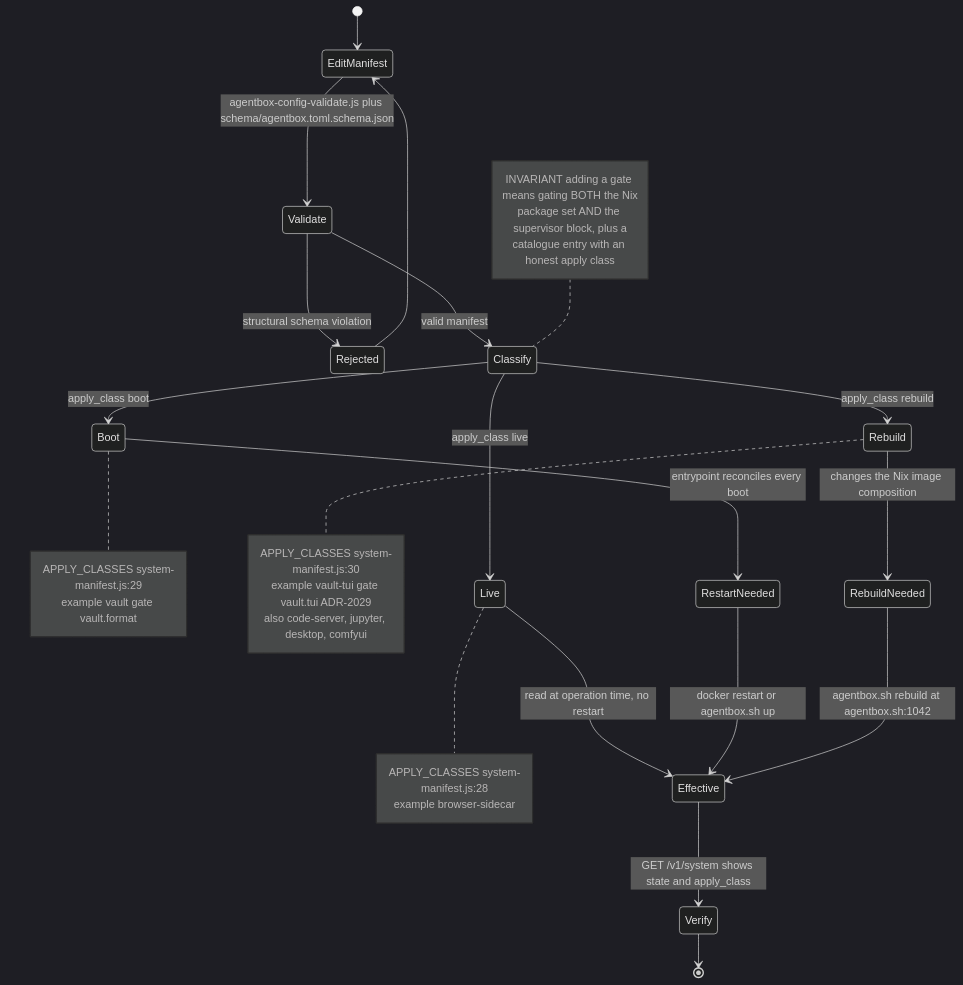
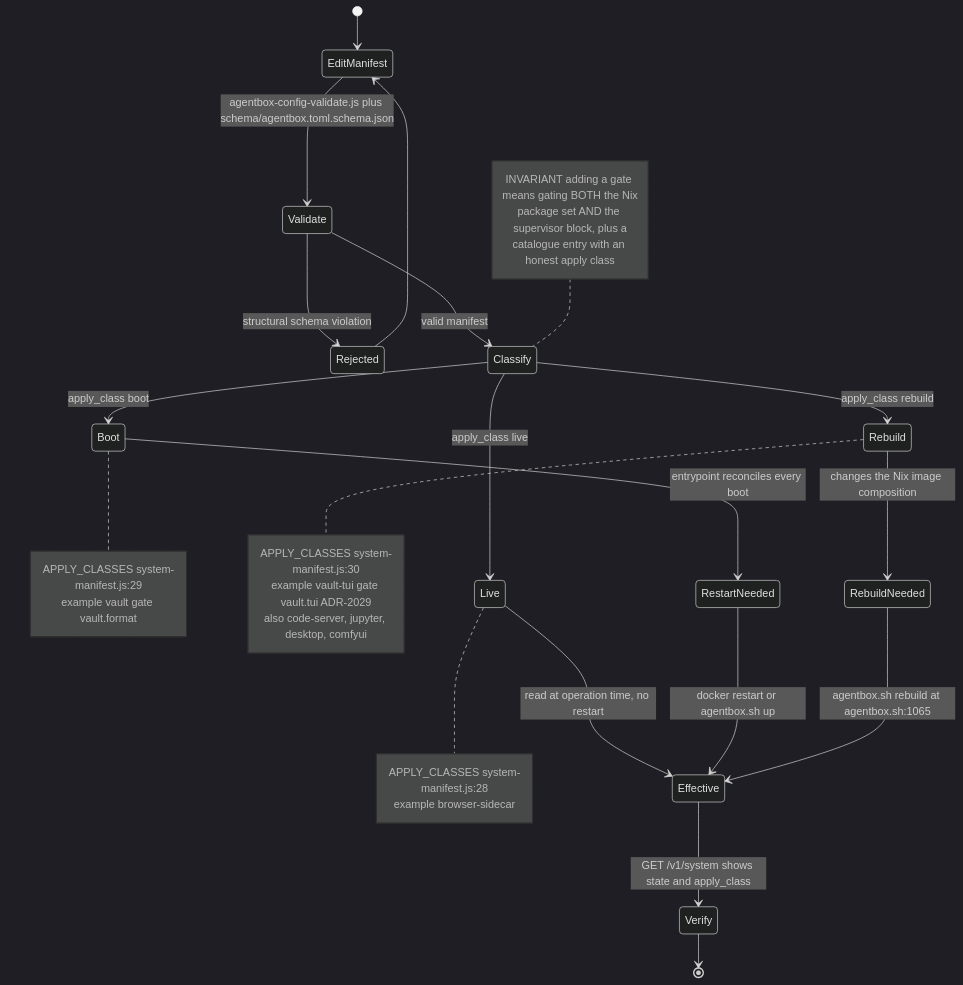
The ninth of 13 diagrams in docs/diagrams/agentbox/05-manifest-gates-and-cli.md (DreamLab-AI/VisionFlow), drawn with Mermaid (dark theme) before and after one commit. The commit also changed other lines of this file and 28 other files, not shown here.

````diff
--- a/docs/diagrams/agentbox/05-manifest-gates-and-cli.md
+++ b/docs/diagrams/agentbox/05-manifest-gates-and-cli.md
@@ -259,40 +260,40 @@
 ```mermaid
 stateDiagram-v2
     [*] --> EditManifest
     EditManifest --> Validate: agentbox-config-validate.js plus schema/agentbox.toml.schema.json
     Validate --> Rejected: structural schema violation
     Validate --> Classify: valid manifest
     Rejected --> EditManifest
 
     Classify --> Live: apply_class live
     Classify --> Boot: apply_class boot
     Classify --> Rebuild: apply_class rebuild
 
     Live --> Effective: read at operation time, no restart
     Boot --> RestartNeeded: entrypoint reconciles every boot
     RestartNeeded --> Effective: docker restart or agentbox.sh up
     Rebuild --> RebuildNeeded: changes the Nix image composition
-    RebuildNeeded --> Effective: agentbox.sh rebuild at agentbox.sh:1042
+    RebuildNeeded --> Effective: agentbox.sh rebuild at agentbox.sh:1065
 
     Effective --> Verify: GET /v1/system shows state and apply_class
     Verify --> [*]
 
     note right of Live
         APPLY_CLASSES system-manifest.js:28
         example browser-sidecar
     end note
     note right of Boot
         APPLY_CLASSES system-manifest.js:29
         example vault gate vault.format
     end note
     note right of Rebuild
         APPLY_CLASSES system-manifest.js:30
         example vault-tui gate vault.tui ADR-2029
         also code-server, jupyter, desktop, comfyui
     end note
     note left of Classify
         INVARIANT adding a gate means gating BOTH the Nix
         package set AND the supervisor block, plus a
         catalogue entry with an honest apply class
     end note
 ```
````
